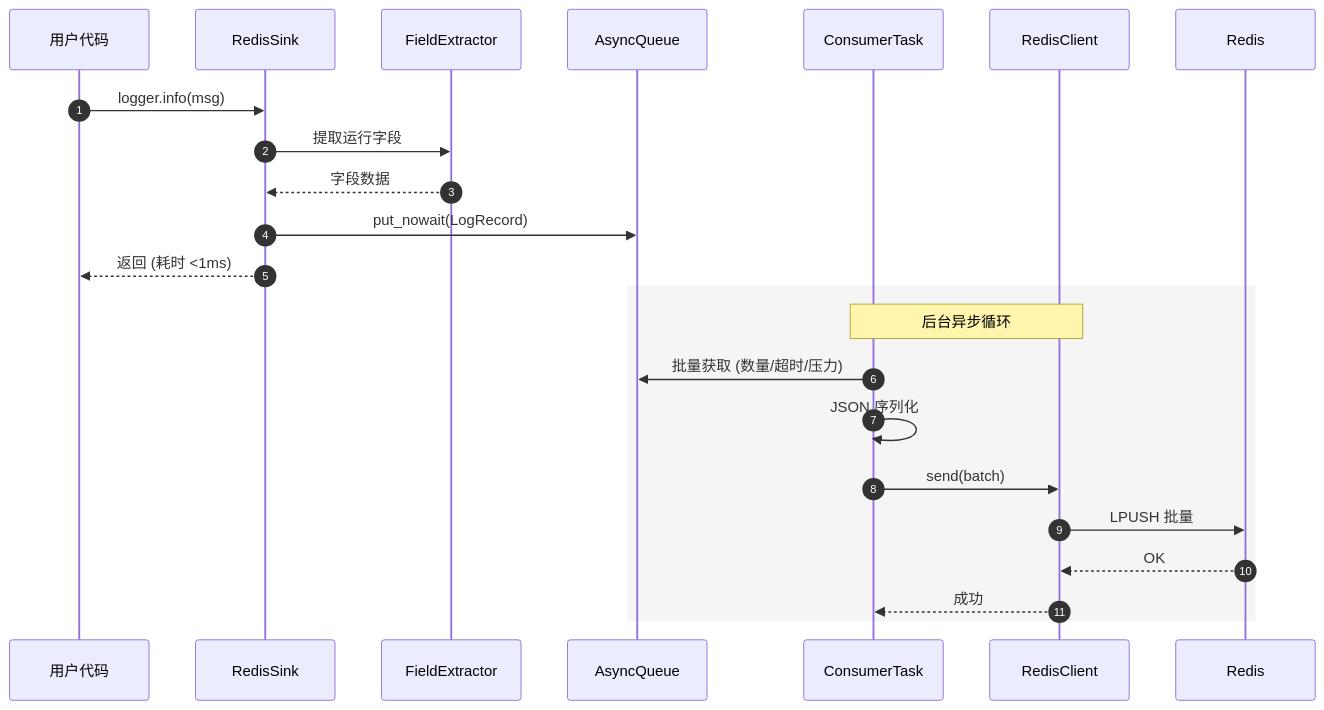
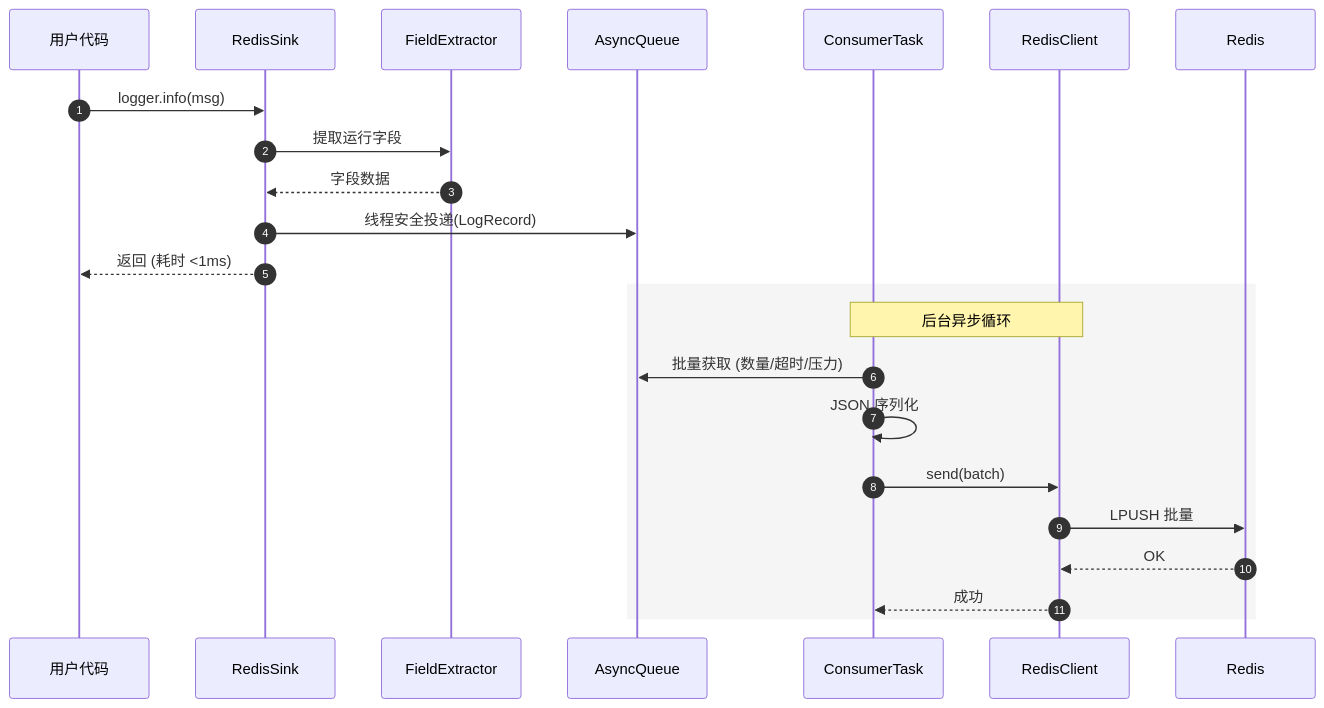
Before and after one commit to CodingOX/plumelog_loguru: the second of 3 diagrams in README.md, drawn with Mermaid. The commit also changed other lines of this file and 27 other files, not shown here.

````diff
--- a/README.md
+++ b/README.md
@@ -165,28 +166,28 @@
 ```mermaid
 sequenceDiagram
     autonumber
     participant User as 用户代码
     participant Sink as RedisSink
     participant Ext as FieldExtractor
     participant Queue as AsyncQueue
     participant Task as ConsumerTask
     participant Client as RedisClient
     participant Redis as Redis
 
     User->>Sink: logger.info(msg)
     Sink->>Ext: 提取运行字段
     Ext-->>Sink: 字段数据
-    Sink->>Queue: put_nowait(LogRecord)
+    Sink->>Queue: 线程安全投递(LogRecord)
     Sink-->>User: 返回 (耗时 <1ms)
 
     rect rgb(245,245,245)
     note over Task,Client: 后台异步循环
     Task->>Queue: 批量获取 (数量/超时/压力)
     Task->>Task: JSON 序列化
     Task->>Client: send(batch)
     Client->>Redis: LPUSH 批量
     Redis-->>Client: OK
     Client-->>Task: 成功
     end
 
 ```
````
